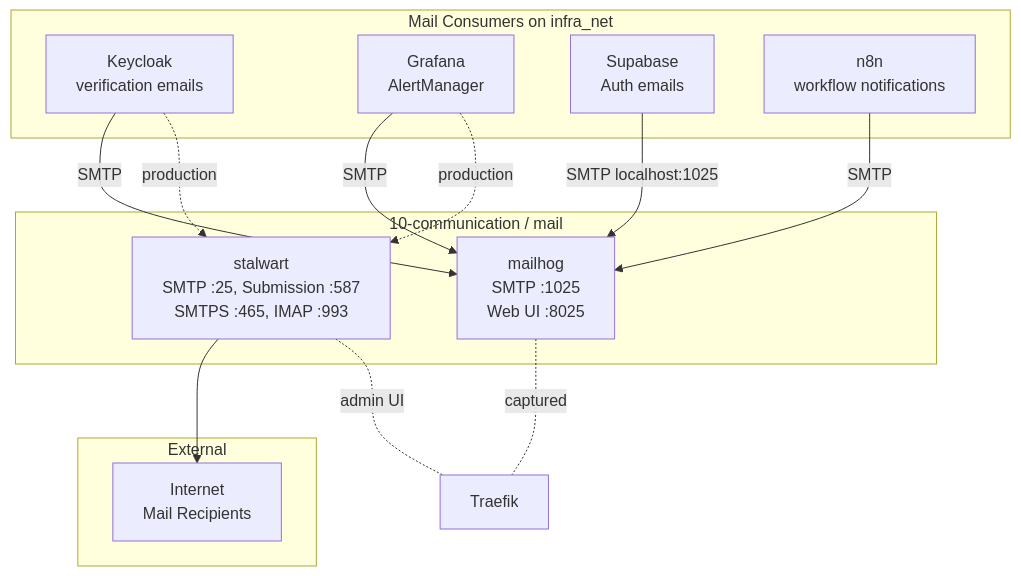
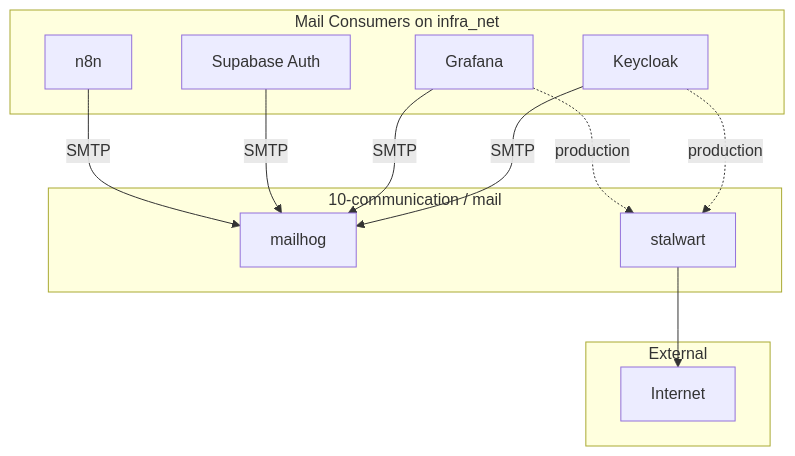
Before and after one commit to buenhyden/hy-home.docker: the diagram in docs/guides/10-communication/CONTEXT.md, drawn with Mermaid. The commit also changed other lines of this file and 157 other files, not shown here.

````diff
--- a/docs/guides/10-communication/CONTEXT.md
+++ b/docs/guides/10-communication/CONTEXT.md
@@ -23,30 +15,27 @@
 ```mermaid
 graph TD
     subgraph consumers [Mail Consumers on infra_net]
-        KC[Keycloak\nverification emails]
-        GR[Grafana\nAlertManager]
-        SB[Supabase\nAuth emails]
-        N8N[n8n\nworkflow notifications]
+        KC[Keycloak]
+        GR[Grafana]
+        SB[Supabase Auth]
+        N8N[n8n]
     end
 
     subgraph comm [10-communication / mail]
-        MH[mailhog\nSMTP :1025\nWeb UI :8025]
-        SW[stalwart\nSMTP :25, Submission :587\nSMTPS :465, IMAP :993]
+        MH[mailhog]
+        SW[stalwart]
     end
 
     subgraph external [External]
-        INET[Internet\nMail Recipients]
+        INET[Internet]
     end
 
     KC -->|SMTP| MH
     GR -->|SMTP| MH
-    SB -->|SMTP localhost:1025| MH
+    SB -->|SMTP| MH
     N8N -->|SMTP| MH
 
     KC -.->|production| SW
     GR -.->|production| SW
     SW --> INET
-
-    MH -. captured .- Traefik
-    SW -. admin UI .- Traefik
 ```
````
